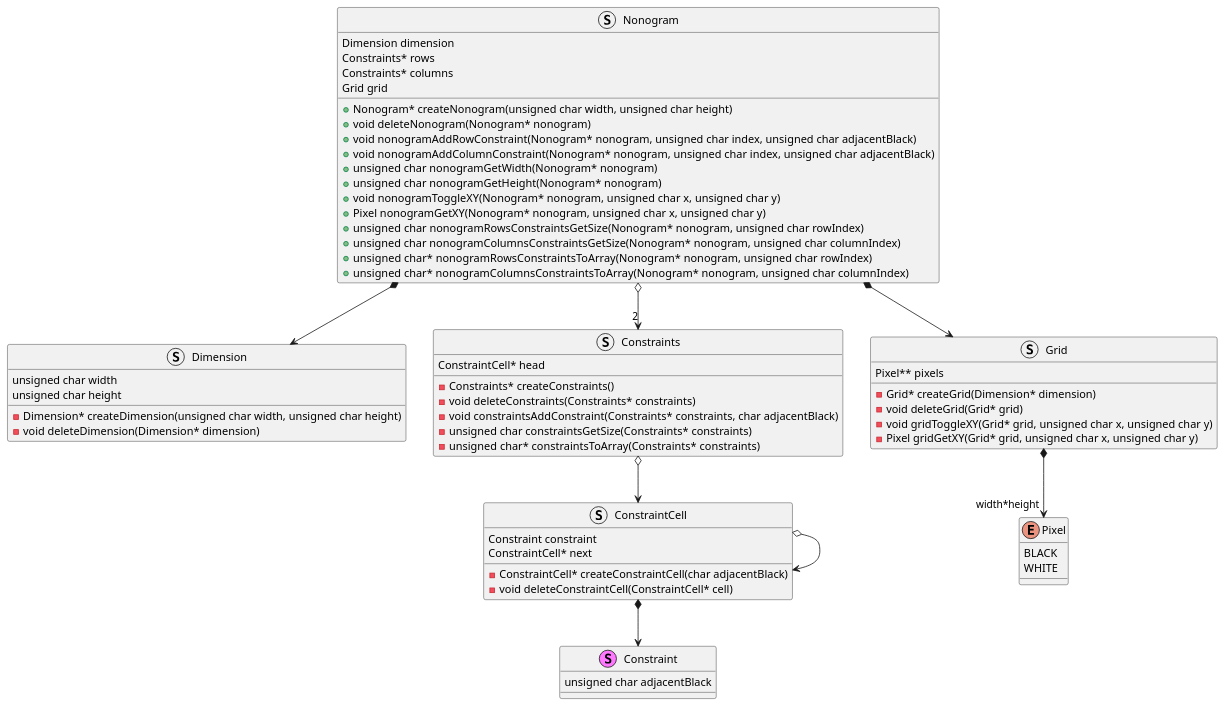
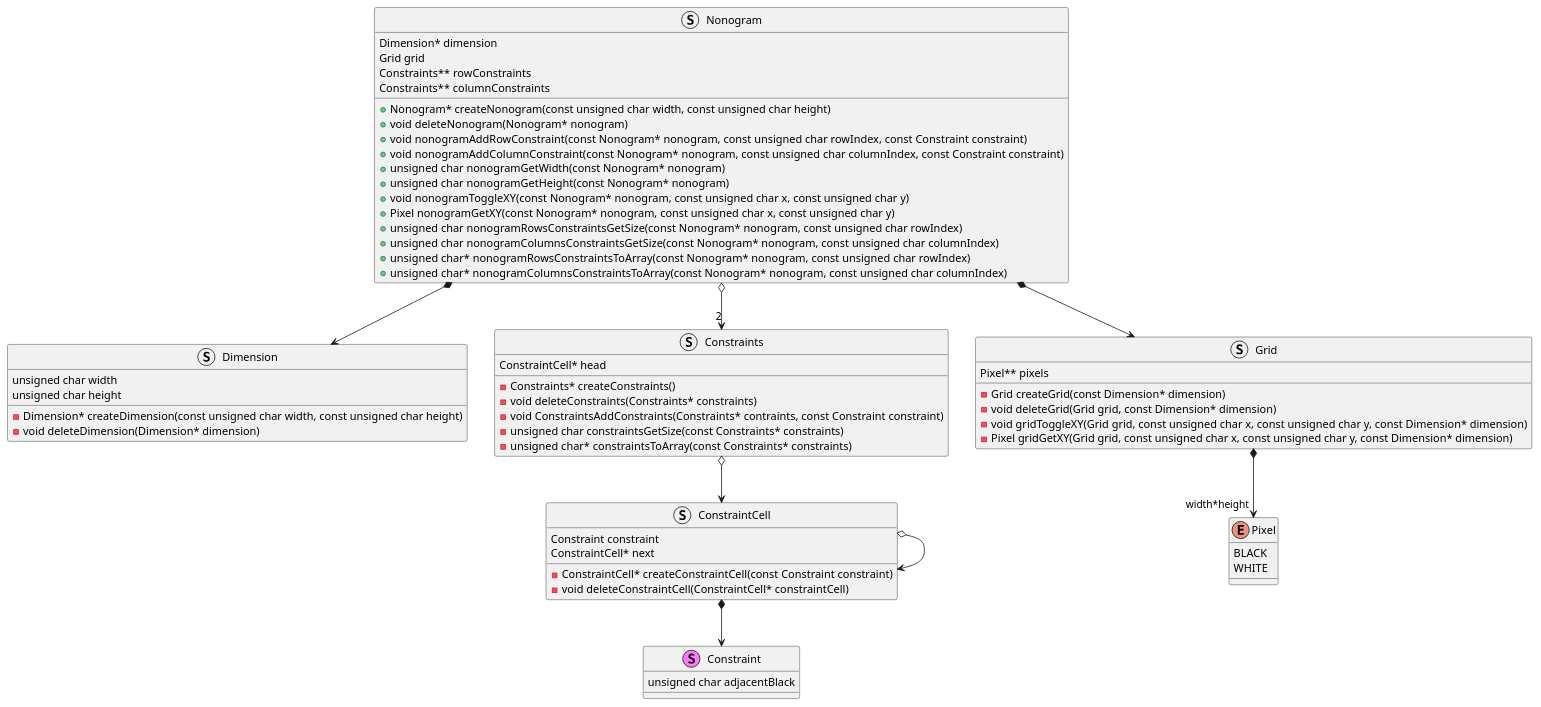
One commit to junia-isen-2526/nonogramme changed the diagram in doc/nonogramentity.puml. Above: the diagram before and after it, drawn with PlantUML. The commit also changed 6 other files, not shown here.

```diff
--- a/doc/nonogramentity.puml
+++ b/doc/nonogramentity.puml
@@ -1,73 +1,76 @@
 @startuml
 struct Dimension {
     unsigned char width
     unsigned char height
 
-    - Dimension* createDimension(unsigned char width, unsigned char height)
+    - Dimension* createDimension(const unsigned char width, const unsigned char height)
     - void deleteDimension(Dimension* dimension)
 }
 
 stereotype Constraint {
     unsigned char adjacentBlack
 }
 
 struct ConstraintCell {
     Constraint constraint
     ConstraintCell* next
 
-    - ConstraintCell* createConstraintCell(char adjacentBlack)
-    - void deleteConstraintCell(ConstraintCell* cell)
+    - ConstraintCell* createConstraintCell(const Constraint constraint)
+    - void deleteConstraintCell(ConstraintCell* constraintCell)
 }
 
 struct Constraints {
     ConstraintCell* head
 
     - Constraints* createConstraints()
     - void deleteConstraints(Constraints* constraints)
-    - void constraintsAddConstraint(Constraints* constraints, char adjacentBlack)
-    - unsigned char constraintsGetSize(Constraints* constraints)
-    - unsigned char* constraintsToArray(Constraints* constraints)
+    - void ConstraintsAddConstraints(Constraints* contraints, const Constraint constraint)
+    - unsigned char constraintsGetSize(const Constraints* constraints)
+    - unsigned char* constraintsToArray(const Constraints* constraints)
 }
 
 enum Pixel {
     BLACK
     WHITE
 }
 
 struct Grid {
     Pixel** pixels
-    - Grid* createGrid(Dimension* dimension)
-    - void deleteGrid(Grid* grid)
-    - void gridToggleXY(Grid* grid, unsigned char x, unsigned char y)
-    - Pixel gridGetXY(Grid* grid, unsigned char x, unsigned char y)
+
+    - Grid createGrid(const Dimension* dimension)
+    - void deleteGrid(Grid grid, const Dimension* dimension)
+    - void gridToggleXY(Grid grid, const unsigned char x, const unsigned char y, const Dimension* dimension)
+    - Pixel gridGetXY(Grid grid, const unsigned char x, const unsigned char y, const Dimension* dimension)
 }
 
 struct Nonogram {
-    Dimension dimension
-    Constraints* rows
-    Constraints* columns
+    Dimension* dimension
     Grid grid
-    + Nonogram* createNonogram(unsigned char width, unsigned char height)
+    Constraints** rowConstraints
+    Constraints** columnConstraints
+
+    + Nonogram* createNonogram(const unsigned char width, const unsigned char height)
     + void deleteNonogram(Nonogram* nonogram)
-    + void nonogramAddRowConstraint(Nonogram* nonogram, unsigned char index, unsigned char adjacentBlack)
-    + void nonogramAddColumnConstraint(Nonogram* nonogram, unsigned char index, unsigned char adjacentBlack)
-    + unsigned char nonogramGetWidth(Nonogram* nonogram)
-    + unsigned char nonogramGetHeight(Nonogram* nonogram)
-    + void nonogramToggleXY(Nonogram* nonogram, unsigned char x, unsigned char y)
-    + Pixel nonogramGetXY(Nonogram* nonogram, unsigned char x, unsigned char y)
-    + unsigned char nonogramRowsConstraintsGetSize(Nonogram* nonogram, unsigned char rowIndex)
-    + unsigned char nonogramColumnsConstraintsGetSize(Nonogram* nonogram, unsigned char columnIndex)
-    + unsigned char* nonogramRowsConstraintsToArray(Nonogram* nonogram, unsigned char rowIndex)
-    + unsigned char* nonogramColumnsConstraintsToArray(Nonogram* nonogram, unsigned char columnIndex)
+    + void nonogramAddRowConstraint(const Nonogram* nonogram, const unsigned char rowIndex, const Constraint constraint)
+    + void nonogramAddColumnConstraint(const Nonogram* nonogram, const unsigned char columnIndex, const Constraint constraint)
+    + unsigned char nonogramGetWidth(const Nonogram* nonogram)
+    + unsigned char nonogramGetHeight(const Nonogram* nonogram)
+    + void nonogramToggleXY(const Nonogram* nonogram, const unsigned char x, const unsigned char y)
+    + Pixel nonogramGetXY(const Nonogram* nonogram, const unsigned char x, const unsigned char y)
+    + unsigned char nonogramRowsConstraintsGetSize(const Nonogram* nonogram, const unsigned char rowIndex)
+    + unsigned char nonogramColumnsConstraintsGetSize(const Nonogram* nonogram, const unsigned char columnIndex)
+    + unsigned char* nonogramRowsConstraintsToArray(const Nonogram* nonogram, const unsigned char rowIndex)
+    + unsigned char* nonogramColumnsConstraintsToArray(const Nonogram* nonogram, const unsigned char columnIndex)
 }
+
 Nonogram *--> Dimension
 Nonogram o--> "2" Constraints
 Nonogram *--> Grid
 
 Constraints o--> ConstraintCell
 
 ConstraintCell *--> Constraint
 ConstraintCell o--> ConstraintCell
 
 Grid *--> "width*height" Pixel
 @enduml
```
